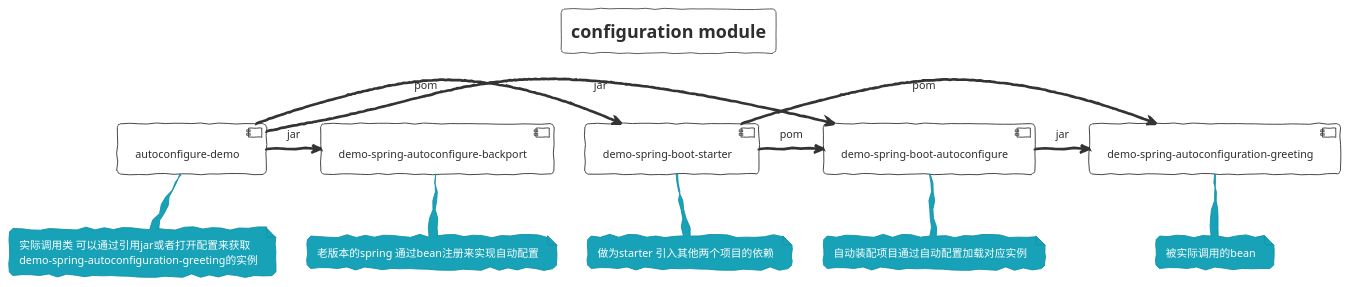
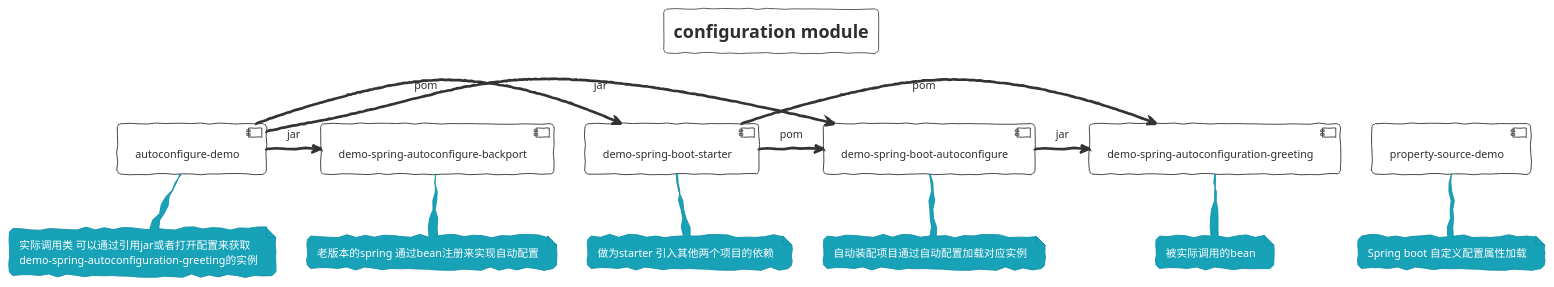
One commit to FantasybabyChange/springStudyProject changed the diagram in spring-boot-configuration/Module.puml. Above: the diagram before and after it, drawn with PlantUML. The commit also changed 11 other files, not shown here.

Commit message:
add property source

```diff
--- a/spring-boot-configuration/Module.puml
+++ b/spring-boot-configuration/Module.puml
@@ -1,32 +1,38 @@
 @startuml CONFIGURATION_MODULE
 !theme sketchy-outline
 title configuration module
 [autoconfigure-demo] as ad
 [demo-spring-autoconfiguration-greeting] as dge
 [demo-spring-boot-autoconfigure] as dsa
 [demo-spring-autoconfigure-backport] as dacb
 [demo-spring-boot-starter] as dsbs
+
+[property-source-demo] as psd
 note bottom of dge
    被实际调用的bean
 end note
 note bottom of dsa
    自动装配项目通过自动配置加载对应实例
 end note
 note bottom of ad
    实际调用类 可以通过引用jar或者打开配置来获取
    demo-spring-autoconfiguration-greeting的实例
 end note
 note bottom of dacb
    老版本的spring 通过bean注册来实现自动配置
 end note
 
 note bottom of dsbs
 做为starter 引入其他两个项目的依赖
 end note
 dsbs->dge:pom
 dsbs->dsa:pom
 ad->dsbs:pom
 ad ->dsa:jar 
 dsa ->dge:jar 
 ad ->dacb:jar
+
+note bottom of psd
+   Spring boot 自定义配置属性加载
+end note
 @enduml
```
